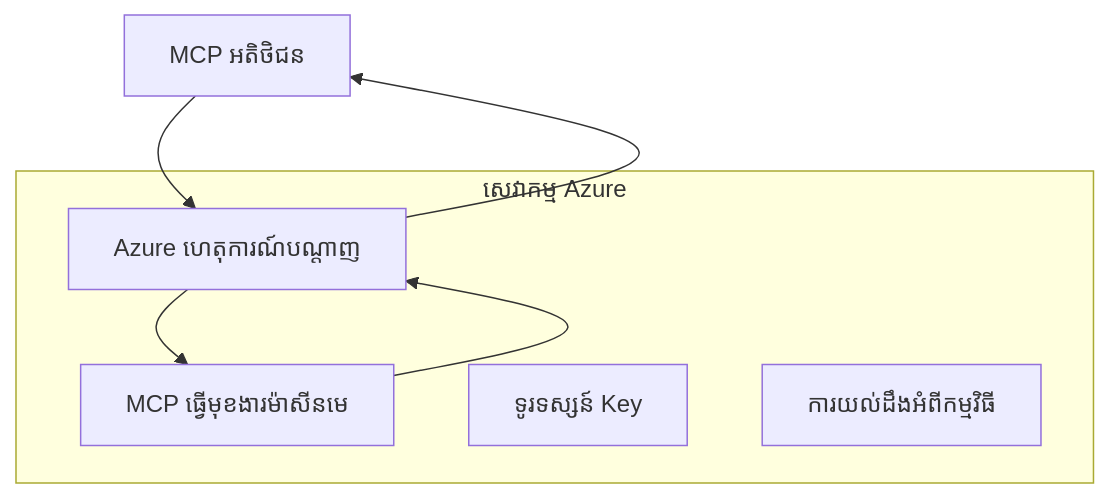
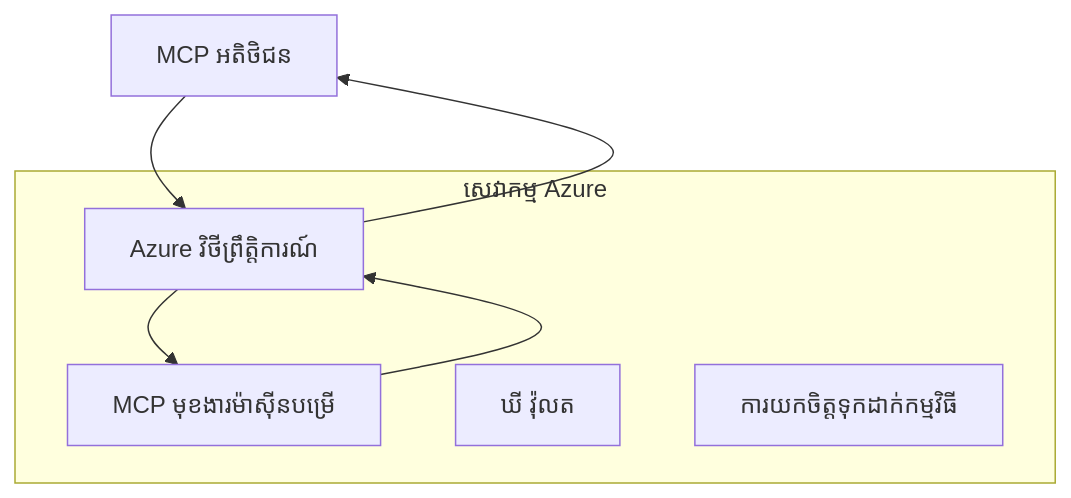
Before and after one commit to HIDORAKAI002/ai-workspace-archive: the first of 2 diagrams in mcp_ecosystem__model_context_protocol/mcp_learning_resources/mcp-for-beginners/translations/km/05-AdvancedTopics/mcp-transport/README.md, drawn with Mermaid. The commit also changed other lines of this file and 1539 other files, not shown here.

````diff
--- a/mcp_ecosystem__model_context_protocol/mcp_learning_resources/mcp-for-beginners/translations/km/05-AdvancedTopics/mcp-transport/README.md
+++ b/mcp_ecosystem__model_context_protocol/mcp_learning_resources/mcp-for-beginners/translations/km/05-AdvancedTopics/mcp-transport/README.md
@@ -58,14 +58,14 @@
 ```mermaid
 graph TB
-    Client[MCP អតិថិជន] --> EG[Azure ហេតុការណ៍បណ្តាញ]
-    EG --> Server[MCP ធ្វើមុខងារ​ម៉ាសីនមេ]
+    Client[MCP អតិថិជន] --> EG[Azure វិថីព្រឹត្តិការណ៍]
+    EG --> Server[MCP មុខងារ​ម៉ាស៊ីន​បម្រើ]
     Server --> EG
     EG --> Client
     
     subgraph "សេវាកម្ម Azure"
         EG
         Server
-        KV[ទូរទស្សន៍ Key]
-        Monitor[ការយល់ដឹងអំពីកម្មវិធី]
+        KV[ឃី វ៉ុលត]
+        Monitor[ការយកចិត្តទុកដាក់កម្មវិធី]
     end
 ```
````
